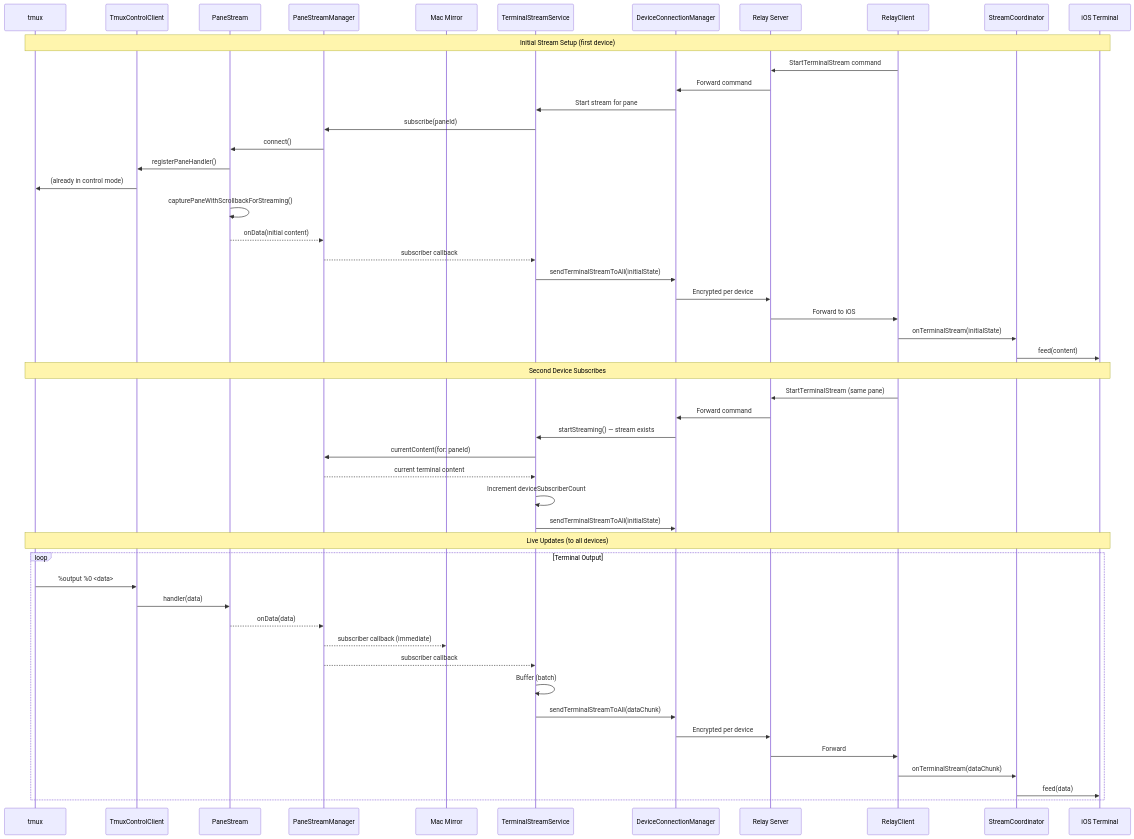
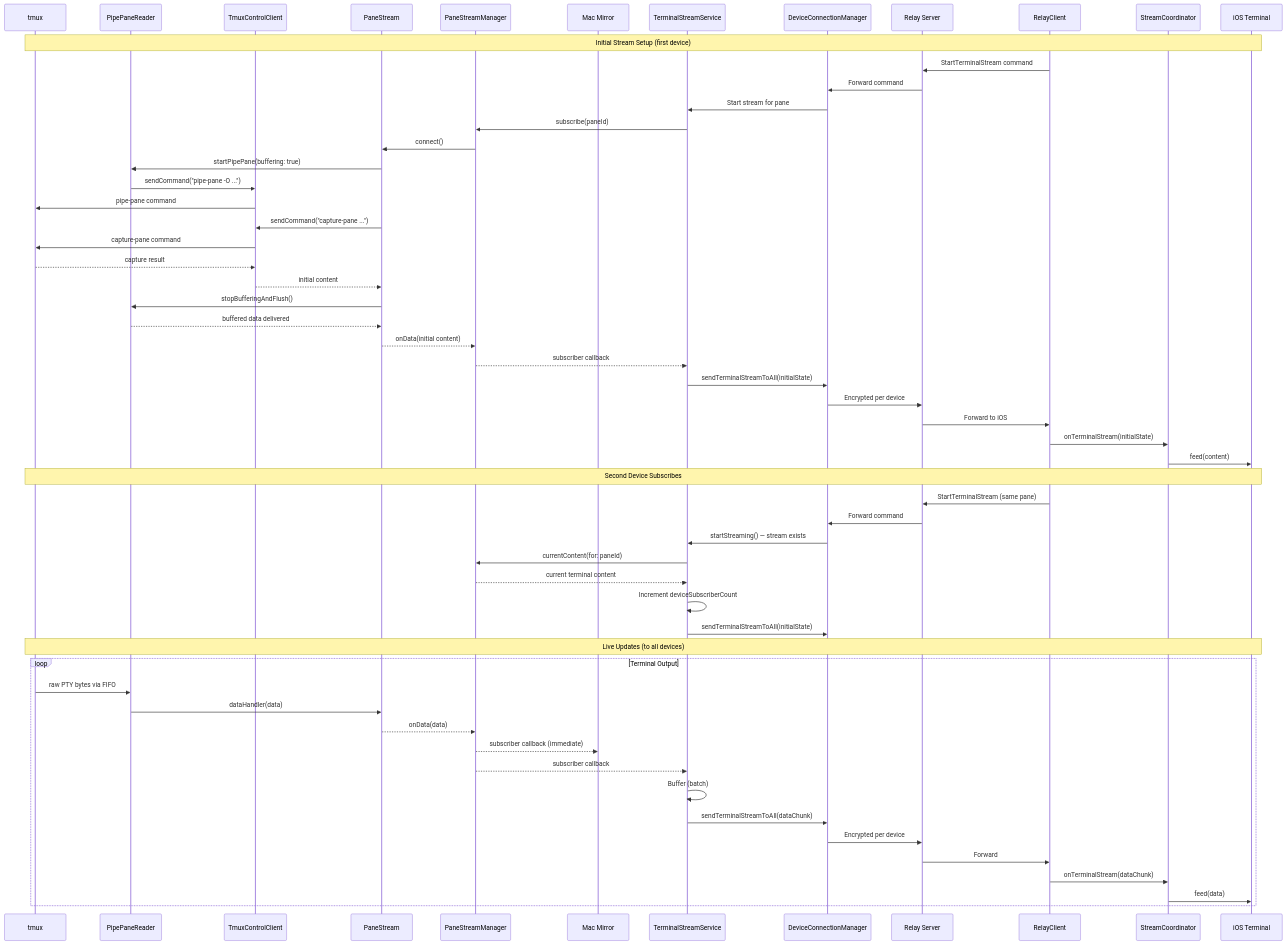
Before and after one commit to gpambrozio/Gallager: diagram 12 of 12 in docs/streaming-architecture.md, drawn with Mermaid. The commit also changed other lines of this file and 4 other files, not shown here.

First line of the commit message:
Update docs for pipe-pane streaming architecture (PR #179)

````diff
--- a/docs/streaming-architecture.md
+++ b/docs/streaming-architecture.md
@@ -285,58 +301,65 @@
 ```mermaid
 sequenceDiagram
     participant TMUX as tmux
+    participant PPR as PipePaneReader
     participant TCC as TmuxControlClient
     participant PS as PaneStream
     participant PSM as PaneStreamManager
     participant MV as Mac Mirror
     participant TSS as TerminalStreamService
     participant DCM as DeviceConnectionManager
     participant SRV as Relay Server
     participant RC as RelayClient
     participant SC as StreamCoordinator
     participant IV as iOS Terminal
 
     Note over TMUX,IV: Initial Stream Setup (first device)
 
     RC->>SRV: StartTerminalStream command
     SRV->>DCM: Forward command
     DCM->>TSS: Start stream for pane
     TSS->>PSM: subscribe(paneId)
     PSM->>PS: connect()
-    PS->>TCC: registerPaneHandler()
-    TCC->>TMUX: (already in control mode)
-    PS->>PS: capturePaneWithScrollbackForStreaming()
+    PS->>PPR: startPipePane(buffering: true)
+    PPR->>TCC: sendCommand("pipe-pane -O ...")
+    TCC->>TMUX: pipe-pane command
+    PS->>TCC: sendCommand("capture-pane ...")
+    TCC->>TMUX: capture-pane command
+    TMUX-->>TCC: capture result
+    TCC-->>PS: initial content
+    PS->>PPR: stopBufferingAndFlush()
+    PPR-->>PS: buffered data delivered
     PS-->>PSM: onData(initial content)
     PSM-->>TSS: subscriber callback
     TSS->>DCM: sendTerminalStreamToAll(initialState)
     DCM->>SRV: Encrypted per device
     SRV->>RC: Forward to iOS
     RC->>SC: onTerminalStream(initialState)
     SC->>IV: feed(content)
 
     Note over TMUX,IV: Second Device Subscribes
 
     RC->>SRV: StartTerminalStream (same pane)
     SRV->>DCM: Forward command
     DCM->>TSS: startStreaming() — stream exists
     TSS->>PSM: currentContent(for: paneId)
     PSM-->>TSS: current terminal content
     TSS->>TSS: Increment deviceSubscriberCount
     TSS->>DCM: sendTerminalStreamToAll(initialState)
 
     Note over TMUX,IV: Live Updates (to all devices)
 
     loop Terminal Output
-        TMUX->>TCC: %output %0 <data>
-        TCC->>PS: handler(data)
+        TMUX->>PPR: raw PTY bytes via FIFO
+        PPR->>PS: dataHandler(data)
         PS-->>PSM: onData(data)
         PSM-->>MV: subscriber callback (immediate)
         PSM-->>TSS: subscriber callback
         TSS->>TSS: Buffer (batch)
         TSS->>DCM: sendTerminalStreamToAll(dataChunk)
         DCM->>SRV: Encrypted per device
         SRV->>RC: Forward
         RC->>SC: onTerminalStream(dataChunk)
         SC->>IV: feed(data)
     end
 ```
````
